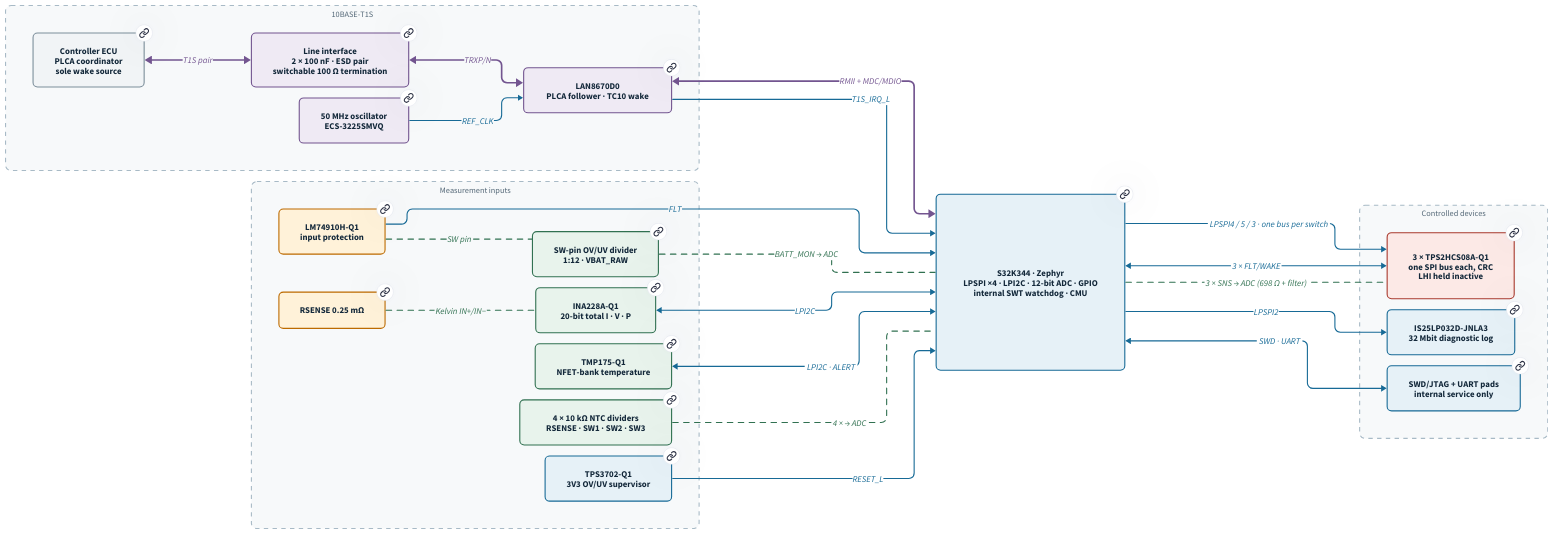
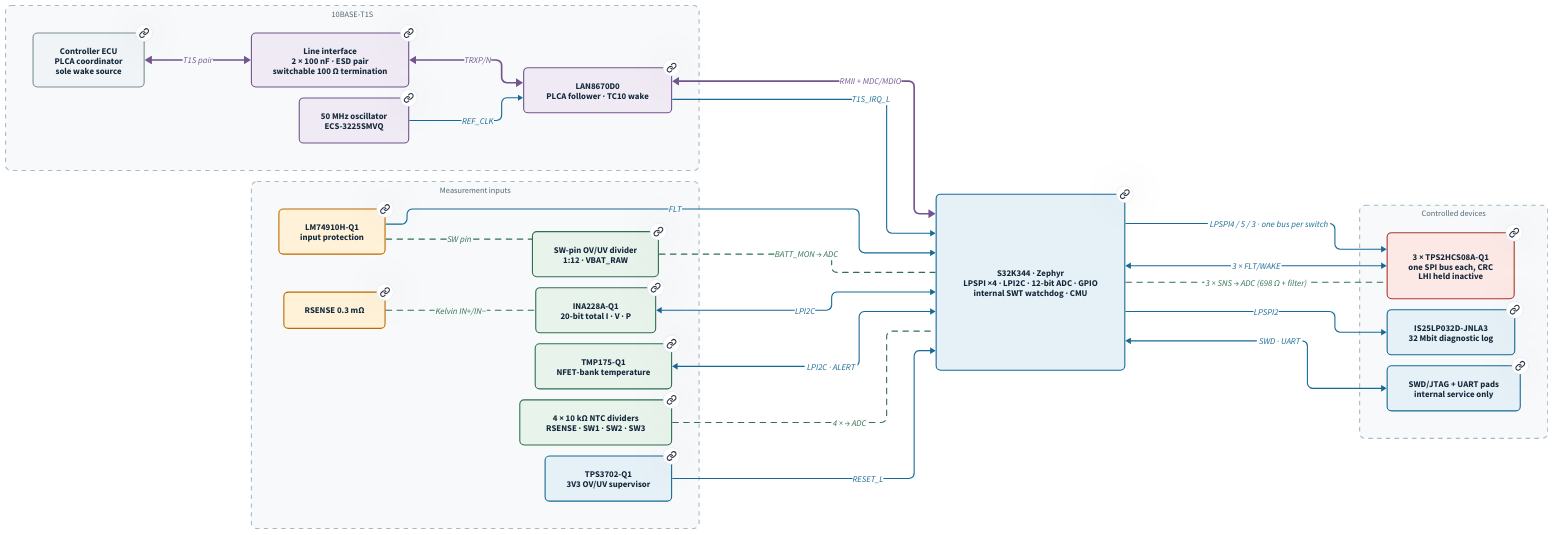
Before and after one commit to karlTbowers/node60-hw: the diagram in docs/src/diagrams/signals.d2, drawn with D2. The commit also changed 15 other files, not shown here.

```diff
--- a/docs/src/diagrams/signals.d2
+++ b/docs/src/diagrams/signals.d2
@@ -1,74 +1,74 @@
 # Node60 · Signal architecture, digital and analog (Architecture Rev A)
 # Inputs on the left, MCU in the middle, outputs on the right.
 # Solid = digital (purple: network, blue: control buses). Dashed green = analog into the MCU ADC.
 # Every block links to its subsystem page (site-relative; the D2Diagram component adds the base path).
 
 direction: right
 
 vars: {
   d2-config: {
     layout-engine: elk
   }
 }
 
 classes: {
   external: {style: {fill: "#f1f4f6"; stroke: "#7d8f9b"; stroke-width: 2; border-radius: 8; font-color: "#13283a"}}
   network: {style: {fill: "#efeaf4"; stroke: "#735590"; stroke-width: 2; border-radius: 8; font-color: "#13283a"}}
   compute: {style: {fill: "#e6f1f7"; stroke: "#176a96"; stroke-width: 2; border-radius: 8; font-color: "#13283a"}}
   sense: {style: {fill: "#e8f3ec"; stroke: "#317151"; stroke-width: 2; border-radius: 8; font-color: "#13283a"}}
   battery: {style: {fill: "#fff2d9"; stroke: "#bd6b00"; stroke-width: 2; border-radius: 8; font-color: "#13283a"}}
   load: {style: {fill: "#fce9e6"; stroke: "#a9392d"; stroke-width: 2; border-radius: 8; font-color: "#13283a"}}
   group: {style: {fill: "#f7f9fa"; stroke: "#a8bac6"; stroke-dash: 4; border-radius: 10; font-color: "#536776"; font-size: 15}}
   net: {style: {stroke: "#735590"; stroke-width: 3; font-color: "#735590"}}
   dig: {style: {stroke: "#176a96"; stroke-width: 2; font-color: "#176a96"}}
   ana: {style: {stroke: "#317151"; stroke-width: 2; stroke-dash: 5; font-color: "#317151"}}
 }
 
 network: "10BASE-T1S" {
   class: group
   ecu: "Controller ECU\nPLCA coordinator\nsole wake source" {class: external; link: "/subsystems/harness/"}
   line: "Line interface\n2 × 100 nF · ESD pair\nswitchable 100 Ω termination" {class: network; link: "/subsystems/network/"}
   phy: "LAN8670D0\nPLCA follower · TC10 wake" {class: network; link: "/subsystems/network/"}
   osc: "50 MHz oscillator\nECS-3225SMVQ" {class: network; link: "/subsystems/network/"}
 }
 
 sensing: "Measurement inputs" {
   class: group
   lm: "LM74910H-Q1\ninput protection" {class: battery; link: "/subsystems/power/"}
-  rsense: "RSENSE 0.25 mΩ" {class: battery; link: "/subsystems/power/"}
+  rsense: "RSENSE 0.3 mΩ" {class: battery; link: "/subsystems/power/"}
   div: "SW-pin OV/UV divider\n1:12 · VBAT_RAW" {class: sense; link: "/subsystems/power/"}
   ina: "INA228A-Q1\n20-bit total I · V · P" {class: sense; link: "/subsystems/power/"}
   tmp: "TMP175-Q1\nNFET-bank temperature" {class: sense; link: "/subsystems/temperature/"}
   ntc: "4 × 10 kΩ NTC dividers\nRSENSE · SW1 · SW2 · SW3" {class: sense; link: "/subsystems/temperature/"}
   sup: "TPS3702-Q1\n3V3 OV/UV supervisor" {class: compute; link: "/subsystems/supervision/"}
 }
 
 mcu: "S32K344 · Zephyr\nLPSPI ×4 · LPI2C · 12-bit ADC · GPIO\ninternal SWT watchdog · CMU" {class: compute; link: "/subsystems/compute/"}
 
 outputs: "Controlled devices" {
   class: group
   sw: "3 × TPS2HCS08A-Q1\none SPI bus each, CRC\nLHI held inactive" {class: load; link: "/subsystems/outputs/"}
   flash: "IS25LP032D-JNLA3\n32 Mbit diagnostic log" {class: compute; link: "/subsystems/firmware/"}
   dbg: "SWD/JTAG + UART pads\ninternal service only" {class: compute; link: "/subsystems/compute/"}
 }
 
 network.ecu <-> network.line: "T1S pair" {class: net}
 network.line <-> network.phy: "TRXP/N" {class: net}
 network.osc -> network.phy: "REF_CLK" {class: dig}
 network.phy <-> mcu: "RMII + MDC/MDIO" {class: net}
 network.phy -> mcu: "T1S_IRQ_L" {class: dig}
 
 sensing.rsense -- sensing.ina: "Kelvin IN+/IN−" {class: ana}
 sensing.lm -- sensing.div: "SW pin" {class: ana}
 sensing.div -- mcu: "BATT_MON → ADC" {class: ana}
 sensing.ntc -- mcu: "4 × → ADC" {class: ana}
 sensing.ina <-> mcu: "LPI2C" {class: dig}
 sensing.tmp <-> mcu: "LPI2C · ALERT" {class: dig}
 sensing.lm -> mcu: "FLT" {class: dig}
 sensing.sup -> mcu: "RESET_L" {class: dig}
 
 mcu -> outputs.sw: "LPSPI4 / 5 / 3 · one bus per switch" {class: dig}
 mcu <-> outputs.sw: "3 × FLT/WAKE" {class: dig}
 mcu -- outputs.sw: "3 × SNS → ADC (698 Ω + filter)" {class: ana}
 mcu -> outputs.flash: "LPSPI2" {class: dig}
 mcu <-> outputs.dbg: "SWD · UART" {class: dig}
```
